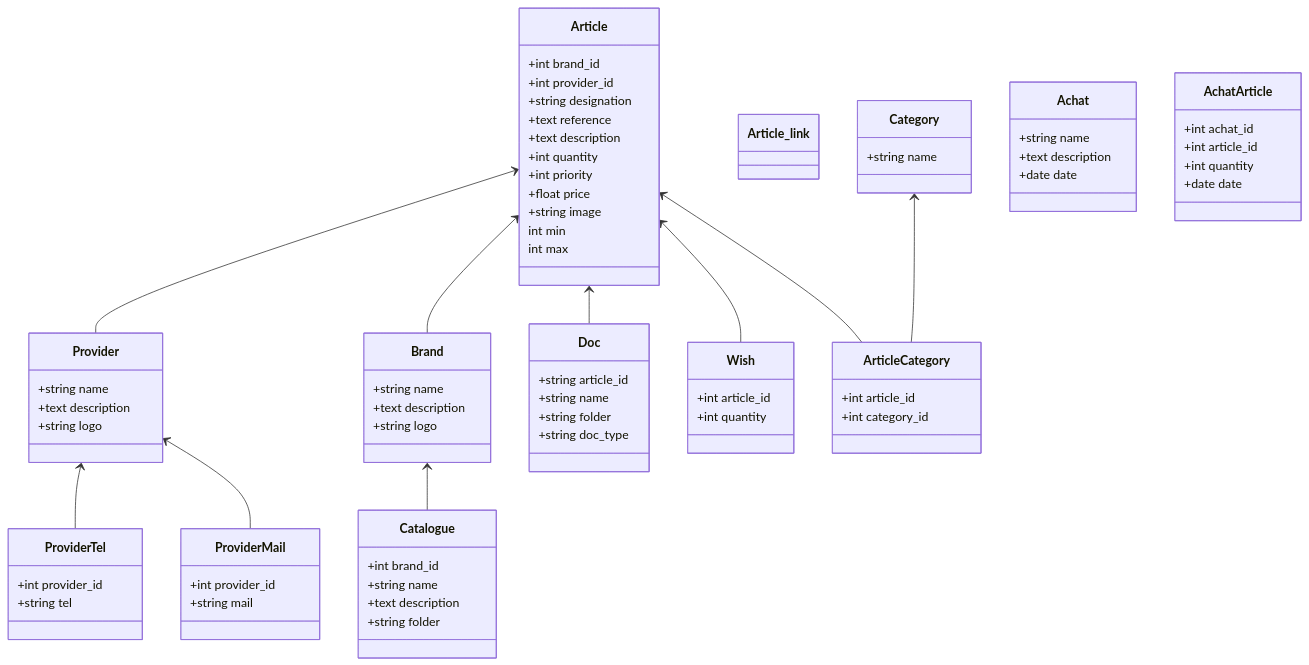
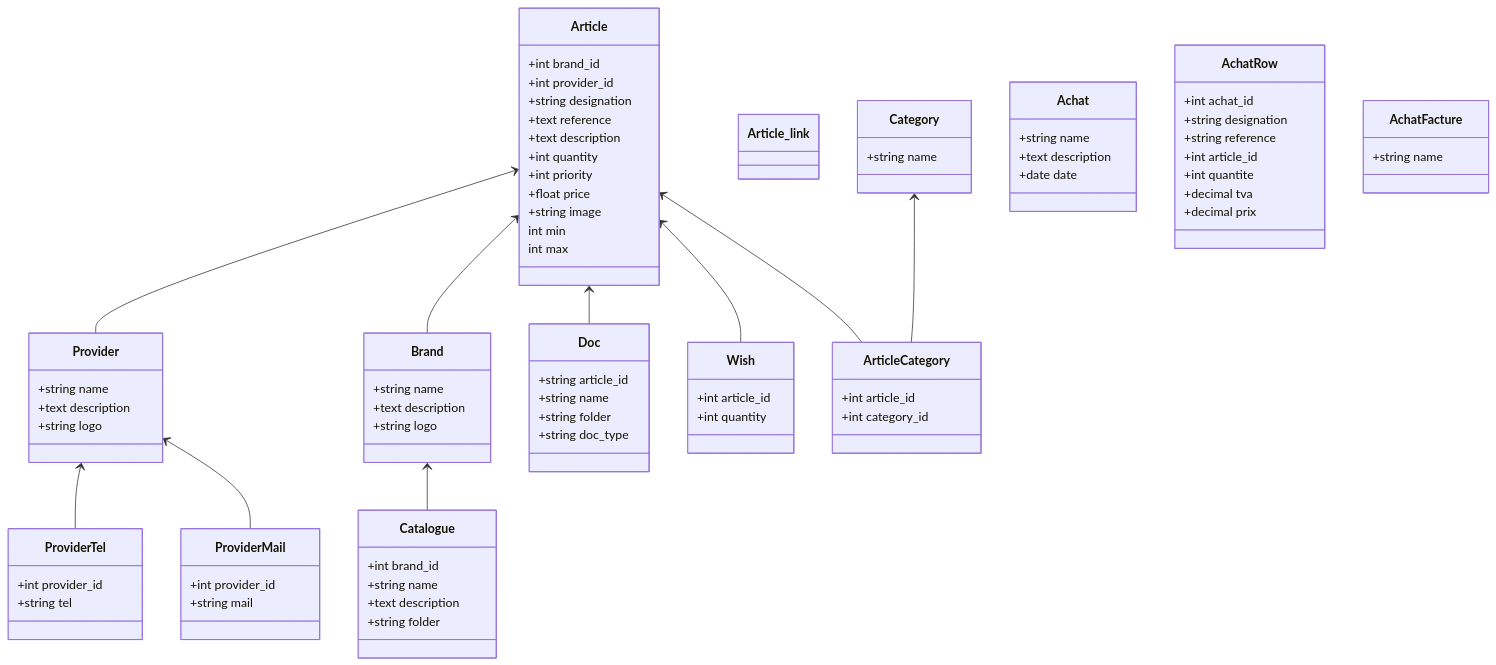
The diagram in database/docs/06_Stock.md (desmond8500/Dash3), drawn with Mermaid before and after one commit. The commit also changed 8 other files, not shown here.

````diff
--- a/database/docs/06_Stock.md
+++ b/database/docs/06_Stock.md
@@ -86,10 +86,17 @@
     +text description
     +date date
 }
-class AchatArticle{
+
+class AchatRow{
     +int achat_id
+    +string designation
+    +string reference
     +int article_id
-    +int quantity
-    +date date
+    +int quantite
+    +decimal tva
+    +decimal prix
+}
+class AchatFacture{
+    +string name
 }
 ```
````
